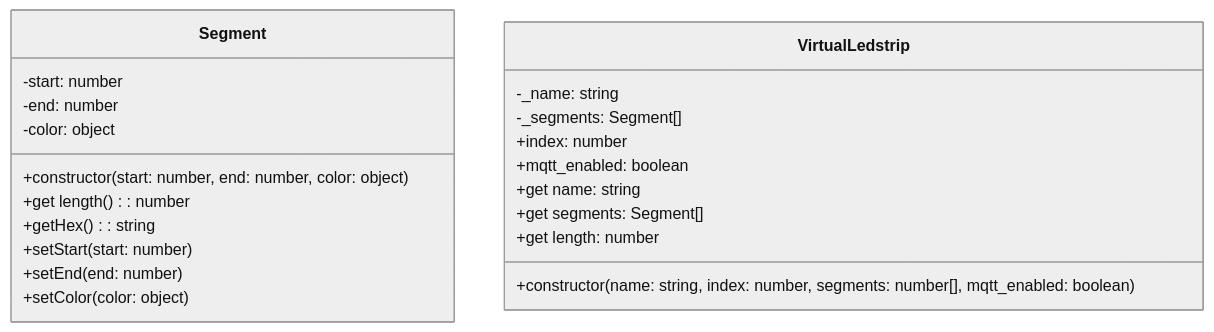
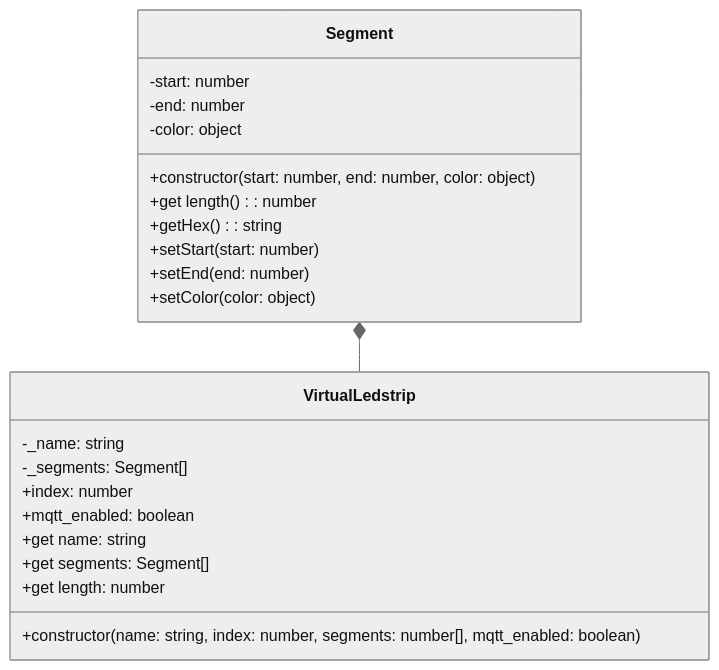
Before and after one commit to vives-project-xp/InteractiveCorridor: the diagram in Backend/README.md, drawn with Mermaid (neutral theme).

Commit message:
Set Segment relationship with VirtualLedstrip

````diff
--- a/Backend/README.md
+++ b/Backend/README.md
@@ -5,26 +5,28 @@
 ```mermaid
 classDiagram
 
 class Segment {
     -start: number
     -end: number
     -color: object
     +constructor(start: number, end: number, color: object)
     +get length(): number
     +getHex(): string
     +setStart(start: number)
     +setEnd(end: number)
     +setColor(color: object)
 }
 
 class VirtualLedstrip{
     -_name: string
     -_segments: Segment[]
     +index: number
     +mqtt_enabled: boolean
     +get name: string
     +get segments: Segment[]
     +get length: number
     +constructor(name: string, index: number, segments: number[], mqtt_enabled: boolean)
 }
+
+Segment *-- VirtualLedstrip
 ```
````
